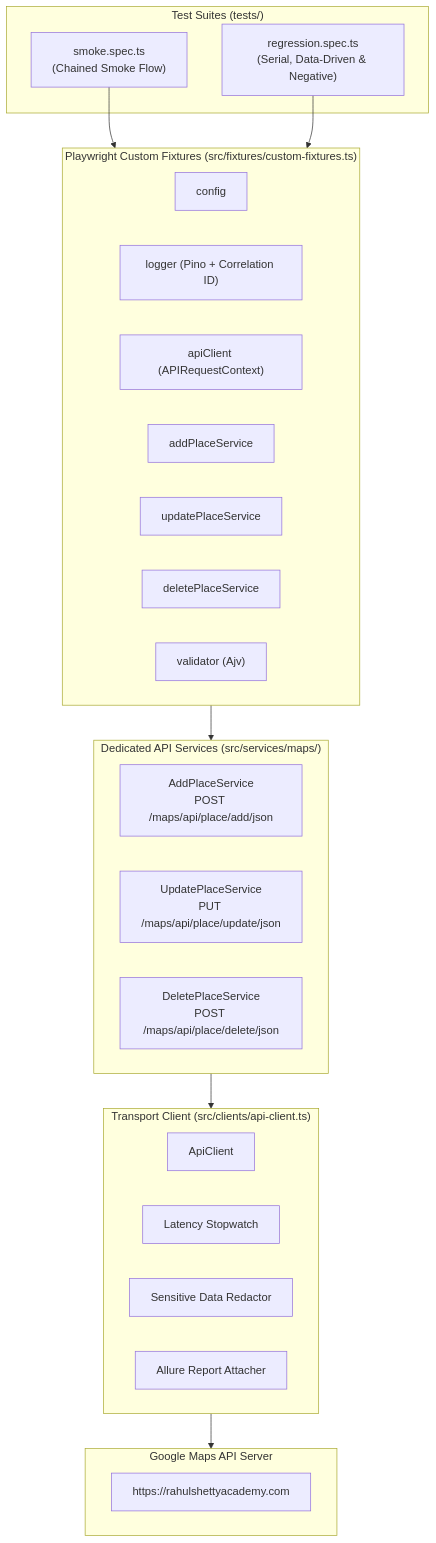
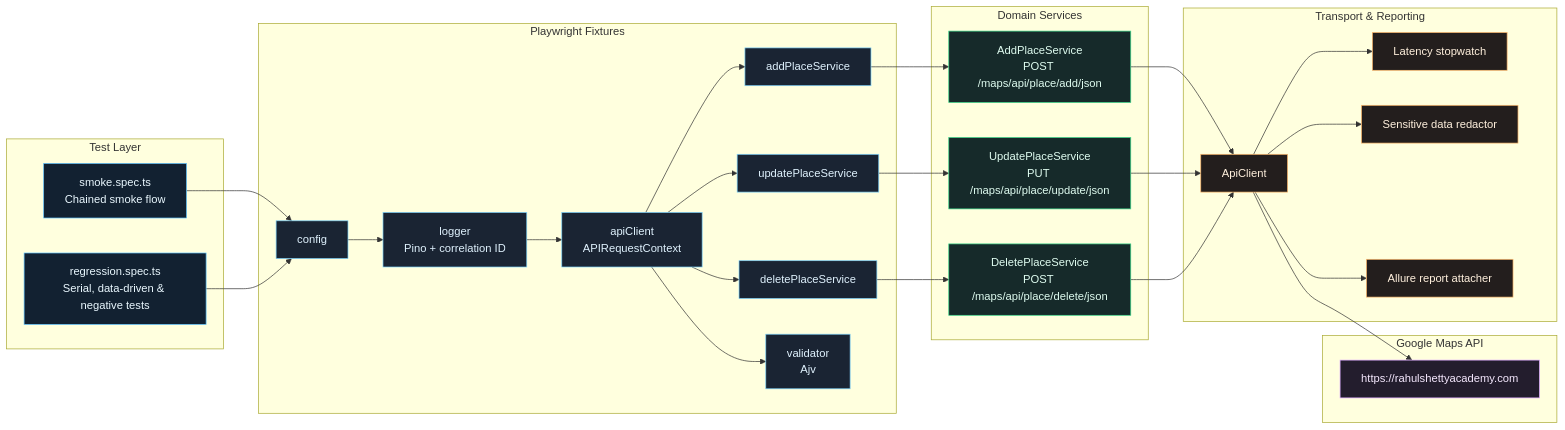
The first of 2 diagrams in README.md (SatyaDevCheekatla/maps-API-playwright), drawn with Mermaid before and after one commit. The commit also changed other lines of this file, not shown here.

Commit message:
Improve README visual flow charts and add dashboard preview asset while preserving current framework documentation

````diff
--- a/README.md
+++ b/README.md
@@ -62,39 +62,65 @@
 ```mermaid
-flowchart TD
-    subgraph Test_Layer ["Test Suites (tests/)"]
-        Smoke["smoke.spec.ts<br/>(Chained Smoke Flow)"]
-        Regression["regression.spec.ts<br/>(Serial, Data-Driven & Negative)"]
+flowchart LR
+    classDef test fill:#122131,stroke:#5ec4ff,color:#eaf8ff,stroke-width:1px;
+    classDef fixture fill:#1a2433,stroke:#7dd3fc,color:#e0f2fe,stroke-width:1px;
+    classDef service fill:#162a2a,stroke:#39d98a,color:#dffcf0,stroke-width:1px;
+    classDef transport fill:#231e1d,stroke:#ffb86c,color:#fff0dd,stroke-width:1px;
+    classDef external fill:#231d2d,stroke:#d9a5ff,color:#f6e9ff,stroke-width:1px;
+
+    subgraph TestLayer["Test Layer"]
+        Smoke["smoke.spec.ts<br/>Chained smoke flow"]
+        Regression["regression.spec.ts<br/>Serial, data-driven & negative tests"]
     end
 
-    subgraph Fixture_Layer ["Playwright Custom Fixtures (src/fixtures/custom-fixtures.ts)"]
-        F_Config["config"]
-        F_Logger["logger (Pino + Correlation ID)"]
-        F_Client["apiClient (APIRequestContext)"]
-        F_Add["addPlaceService"]
-        F_Update["updatePlaceService"]
-        F_Delete["deletePlaceService"]
-        F_Validator["validator (Ajv)"]
+    subgraph FixtureLayer["Playwright Fixtures"]
+        Config["config"]
+        Logger["logger<br/>Pino + correlation ID"]
+        Client["apiClient<br/>APIRequestContext"]
+        AddSvc["addPlaceService"]
+        UpdateSvc["updatePlaceService"]
+        DeleteSvc["deletePlaceService"]
+        Validator["validator<br/>Ajv"]
     end
 
-    subgraph Service_Layer ["Dedicated API Services (src/services/maps/)"]
-        AddSvc["AddPlaceService<br/>POST /maps/api/place/add/json"]
-        UpdateSvc["UpdatePlaceService<br/>PUT /maps/api/place/update/json"]
-        DeleteSvc["DeletePlaceService<br/>POST /maps/api/place/delete/json"]
+    subgraph ServiceLayer["Domain Services"]
+        Add["AddPlaceService<br/>POST /maps/api/place/add/json"]
+        Update["UpdatePlaceService<br/>PUT /maps/api/place/update/json"]
+        Delete["DeletePlaceService<br/>POST /maps/api/place/delete/json"]
     end
 
-    subgraph Transport_Layer ["Transport Client (src/clients/api-client.ts)"]
+    subgraph TransportLayer["Transport & Reporting"]
         ApiClient["ApiClient"]
-        Timer["Latency Stopwatch"]
-        Redactor["Sensitive Data Redactor"]
-        AllureAttacher["Allure Report Attacher"]
+        Timer["Latency stopwatch"]
+        Redactor["Sensitive data redactor"]
+        Allure["Allure report attacher"]
     end
 
-    subgraph External_API ["Google Maps API Server"]
-        MapsAPI["https://rahulshettyacademy.com"]
+    subgraph ExternalLayer["Google Maps API"]
+        Maps["https://rahulshettyacademy.com"]
     end
 
-    Smoke & Regression --> Fixture_Layer
-    Fixture_Layer --> Service_Layer
-    Service_Layer --> Transport_Layer
-    Transport_Layer --> External_API
+    Smoke --> Config
+    Regression --> Config
+    Config --> Logger
+    Logger --> Client
+    Client --> AddSvc
+    Client --> UpdateSvc
+    Client --> DeleteSvc
+    Client --> Validator
+    AddSvc --> Add
+    UpdateSvc --> Update
+    DeleteSvc --> Delete
+    Add --> ApiClient
+    Update --> ApiClient
+    Delete --> ApiClient
+    ApiClient --> Timer
+    ApiClient --> Redactor
+    ApiClient --> Allure
+    ApiClient --> Maps
+
+    class Smoke,Regression test;
+    class Config,Logger,Client,AddSvc,UpdateSvc,DeleteSvc,Validator fixture;
+    class Add,Update,Delete service;
+    class ApiClient,Timer,Redactor,Allure transport;
+    class Maps external;
 ```
````
